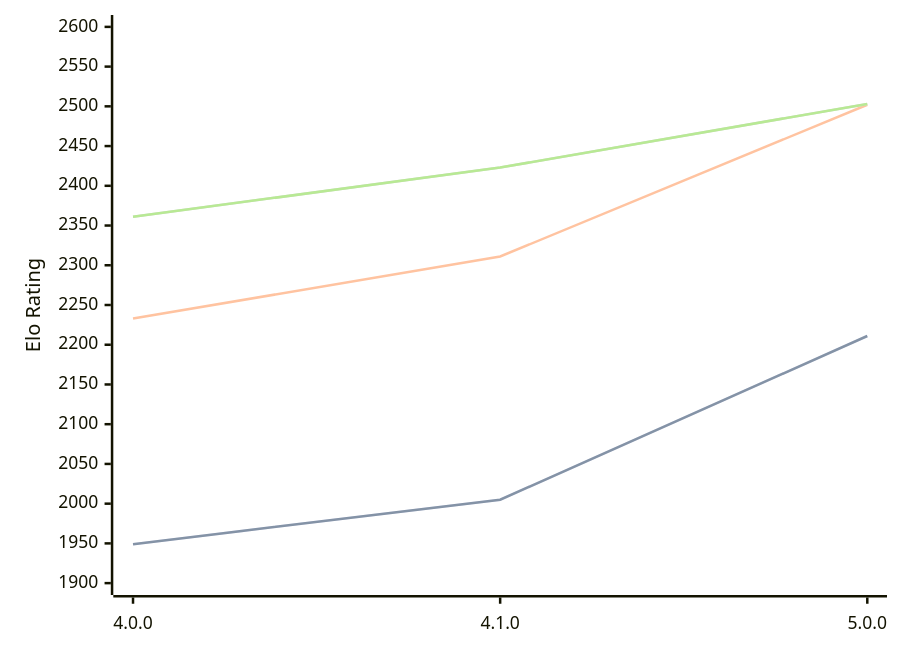
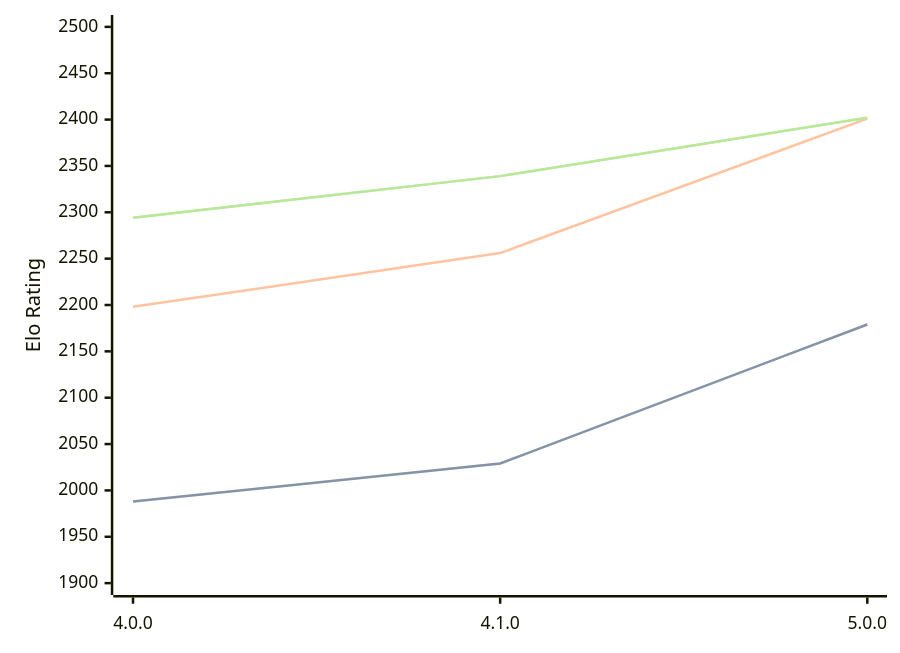
The diagram in engines/Aconcagua.md (computer-chess-index/cci), drawn with Mermaid before and after one commit. The commit also changed other lines of this file, not shown here.

Commit message:
Update CCI Ratings (ELO VLTC) - 2026-02-24

````diff
--- a/engines/Aconcagua.md
+++ b/engines/Aconcagua.md
@@ -39,11 +39,11 @@
 ```mermaid
 %%{init: {"theme":"base","themeVariables":{"seriesColors:['#a3a3a3','#222221','#faa371']}}}%%
 xychart-beta
   x-axis ["4.0.0", "4.1.0", "5.0.0"]
-  y-axis "Elo Rating" 1900 --> 2600
-  line "STC (8.0+0.08s)" [1949, 2005, 2211]
-  line "STC (8.0+0.08s)" [1949, 2005, 2211]
-  line "LTC (60.0+0.60s)" [2233, 2311, 2502]
-  line "VLTC (2m24s+1.12s)" [2361, 2423, 2503]
-  line "VLTC (2m24s+1.12s)" [2361, 2423, 2503]
+  y-axis "Elo Rating" 1900 --> 2500
+  line "STC (8.0+0.08s)" [1988, 2029, 2179]
+  line "STC (8.0+0.08s)" [1988, 2029, 2179]
+  line "LTC (60.0+0.60s)" [2198, 2256, 2401]
+  line "VLTC (2m24s+1.12s)" [2294, 2339, 2402]
+  line "VLTC (2m24s+1.12s)" [2294, 2339, 2402]
 ```
````
